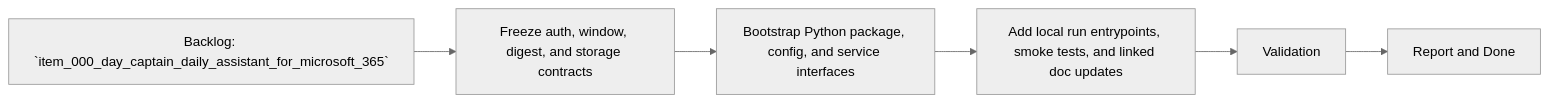
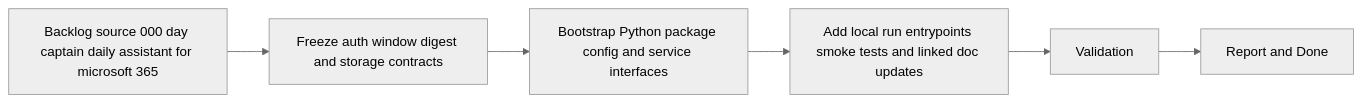
One commit to AlexAgo83/day-captain changed the diagram in logics/tasks/task_000_day_captain_daily_assistant_for_microsoft_365.md. Above: the diagram before and after it, drawn with Mermaid (neutral theme). The commit also changed 40 other files, not shown here.

Commit message:
Normalize Logics Mermaid diagrams

````diff
--- a/logics/tasks/task_000_day_captain_daily_assistant_for_microsoft_365.md
+++ b/logics/tasks/task_000_day_captain_daily_assistant_for_microsoft_365.md
@@ -18,8 +18,8 @@
 ```mermaid
 flowchart LR
-    Backlog[Backlog: `item_000_day_captain_daily_assistant_for_microsoft_365`] --> Step1[Freeze auth, window, digest, and storage contracts]
-    Step1 --> Step2[Bootstrap Python package, config, and service interfaces]
-    Step2 --> Step3[Add local run entrypoints, smoke tests, and linked doc updates]
+    Backlog[Backlog source 000 day captain daily assistant for microsoft 365] --> Step1[Freeze auth window digest and storage contracts]
+    Step1 --> Step2[Bootstrap Python package config and service interfaces]
+    Step2 --> Step3[Add local run entrypoints smoke tests and linked doc updates]
     Step3 --> Validation[Validation]
     Validation --> Report[Report and Done]
 ```
````
